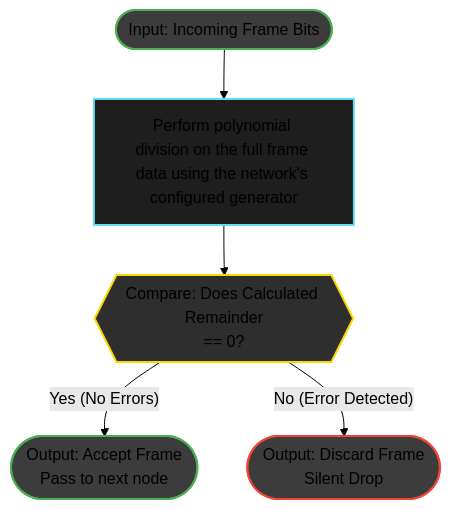
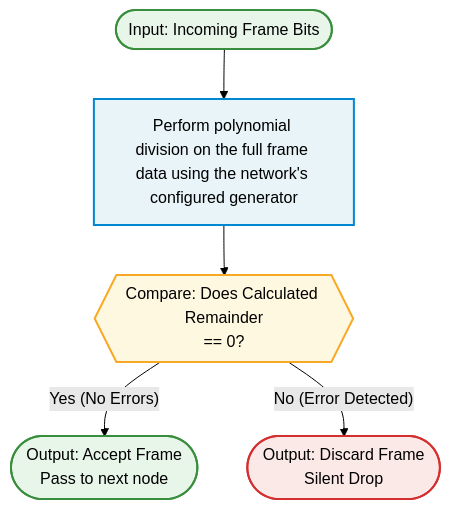
Before and after one commit to wholemealbaby/dcnc-as2: the diagram in TaskC_Report.md, drawn with Mermaid (forest theme). The commit also changed 2 other files, not shown here.

Commit message:
added polished report docx

````diff
--- a/TaskC_Report.md
+++ b/TaskC_Report.md
@@ -167,21 +167,21 @@
 ```mermaid
 graph TD
     %% Define standard box styles
-    classDef process fill:#1e1e1e,stroke:#61dafb,stroke-width:2px;
-    classDef decision fill:#2e2e2e,stroke:#ffd700,stroke-width:2px;
-    classDef terminal fill:#3c3c3c,stroke:#4caf50,stroke-width:2px,rx:10,ry:10;
-    classDef error fill:#3c3c3c,stroke:#f44336,stroke-width:2px,rx:10,ry:10;
+    classDef process fill:#e8f4f8,stroke:#0288d1,stroke-width:2px;
+    classDef decision fill:#fff8e1,stroke:#f9a825,stroke-width:2px;
+    classDef terminal fill:#e8f5e9,stroke:#388e3c,stroke-width:2px,rx:10,ry:10;
+    classDef error fill:#fbe9e7,stroke:#d32f2f,stroke-width:2px,rx:10,ry:10;
 
     %% --- THE FLOW --- %%
 
     Start([Input: Incoming Frame Bits]):::terminal
     --> Stream[Perform polynomial division on the full frame data using the network's configured generator]:::process
 
     Stream
     --> Compare{{Compare: Does Calculated Remainder<br/>== 0?}}:::decision
 
     %% --- DECISION OUTPUTS --- %%
 
     Compare -- "Yes (No Errors)" --> Accept([Output: Accept Frame<br/>Pass to next node]):::terminal
     Compare -- "No (Error Detected)" --> Drop([Output: Discard Frame<br/>Silent Drop]):::error
 ```
````
